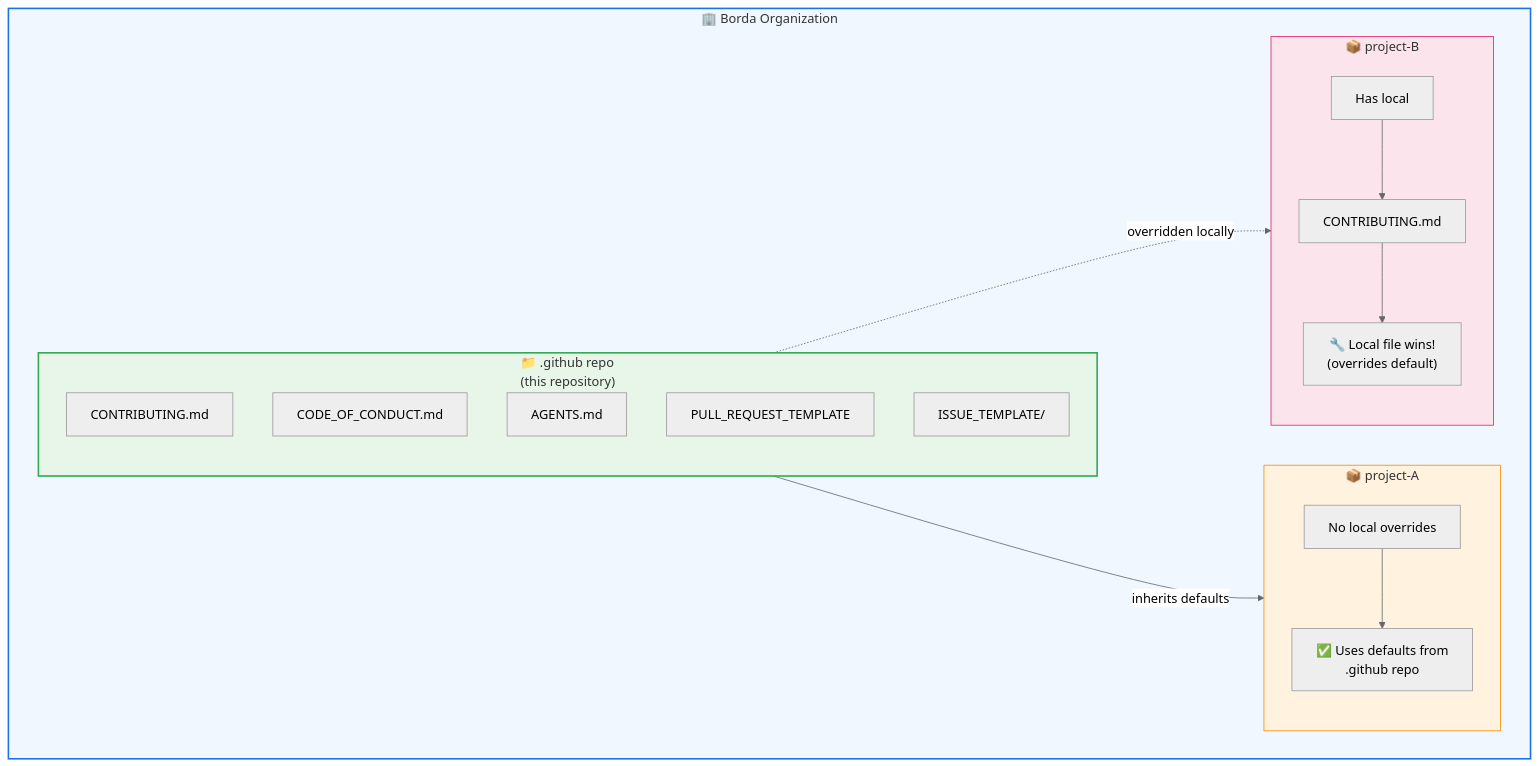
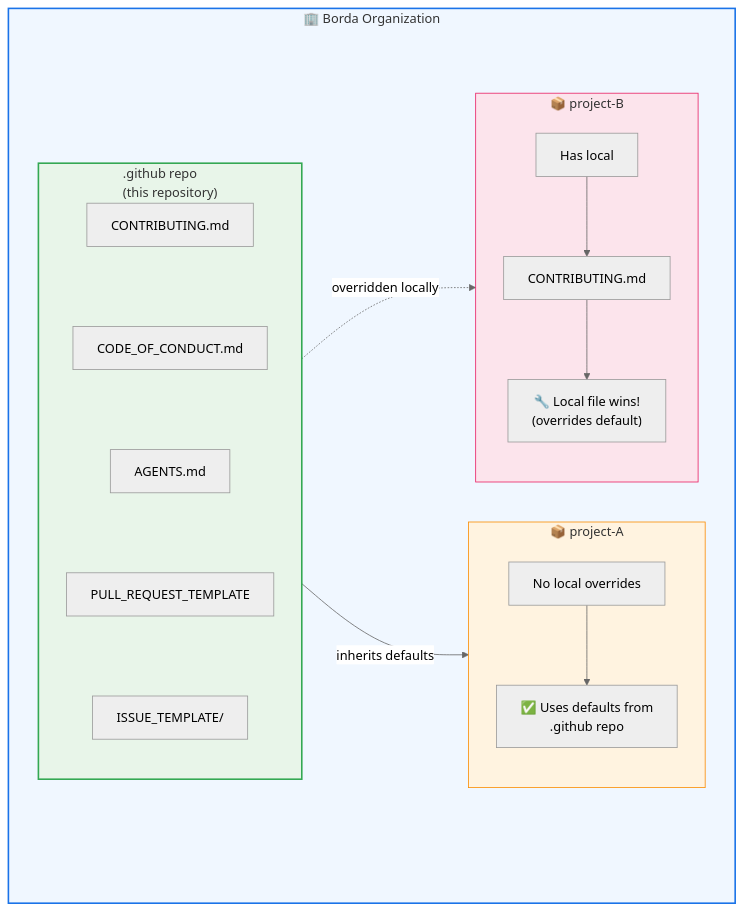
The diagram in README.md (Borda/.github), drawn with Mermaid (neutral theme) before and after one commit. The commit also changed other lines of this file, not shown here.

Commit message:
Simplify Mermaid flowchart in README.md and add attribution footer.

````diff
--- a/README.md
+++ b/README.md
@@ -39,41 +39,40 @@
 ```mermaid
 flowchart TD
     subgraph BordaOrganization["🏢 Borda Organization"]
-        subgraph GithubRepo["📁 .github repo<br/>(this repository)"]
-            direction TB
+        subgraph GithubRepo[".github repo<br/>(this repository)"]
             CONTRIBUTING["CONTRIBUTING.md"]
-            CODE_OF_CONDUCT["CODE_OF_CONDUCT.md"]
-            AGENTS["AGENTS.md"]
-            PR_TEMPLATE["PULL_REQUEST_TEMPLATE"]
-            ISSUE_TEMPLATE["ISSUE_TEMPLATE/"]
+            CONTRIBUTING ~~~ CODE_OF_CONDUCT["CODE_OF_CONDUCT.md"]
+            CODE_OF_CONDUCT ~~~ AGENTS["AGENTS.md"]
+            AGENTS ~~~ PR_TEMPLATE["PULL_REQUEST_TEMPLATE"]
+            PR_TEMPLATE ~~~ ISSUE_TEMPLATE["ISSUE_TEMPLATE/"]
         end
 
         subgraph ProjectA["📦 project-A"]
             direction TB
             NoOverrides["No local overrides"]
             UsesDefaults["✅ Uses defaults from<br/>.github repo"]
             NoOverrides --> UsesDefaults
         end
 
         subgraph ProjectB["📦 project-B"]
             direction TB
             HasLocal["Has local"]
             LocalFile["CONTRIBUTING.md"]
             LocalWins["🔧 Local file wins!<br/>(overrides default)"]
             HasLocal --> LocalFile --> LocalWins
         end
 
         GithubRepo -->|"inherits defaults"| ProjectA
         GithubRepo -.->|"overridden locally"| ProjectB
     end
 
     classDef orgStyle fill:#f0f7ff,stroke:#1a73e8,stroke-width:2px
     classDef repoStyle fill:#e8f5e9,stroke:#34a853,stroke-width:2px
     classDef projectAStyle fill:#fff3e0,stroke:#fb8c00,stroke-width:1px
     classDef projectBStyle fill:#fce4ec,stroke:#e91e63,stroke-width:1px
 
     class BordaOrganization orgStyle
     class GithubRepo repoStyle
     class ProjectA projectAStyle
     class ProjectB projectBStyle
 ```
````
